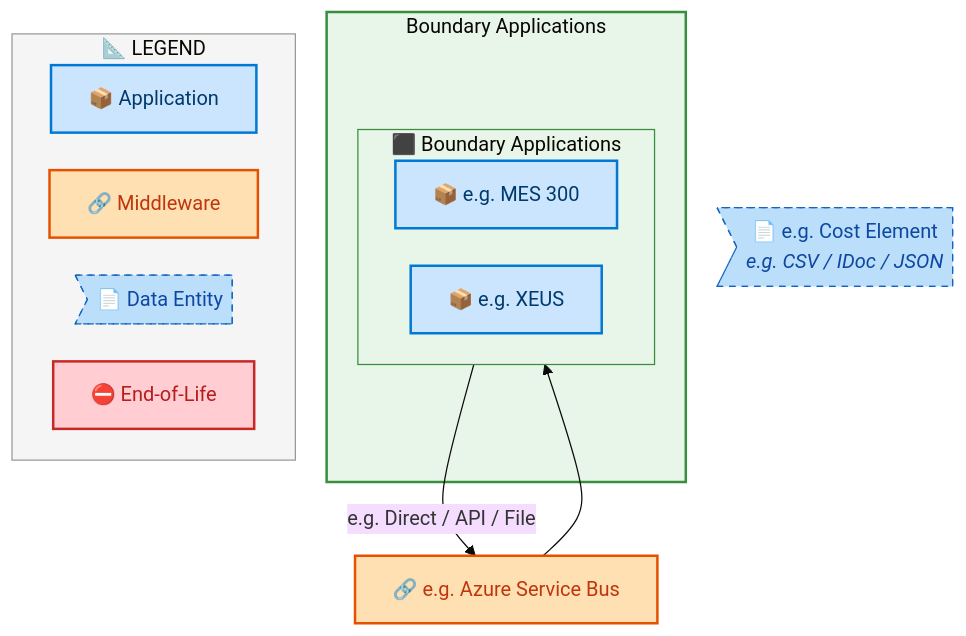
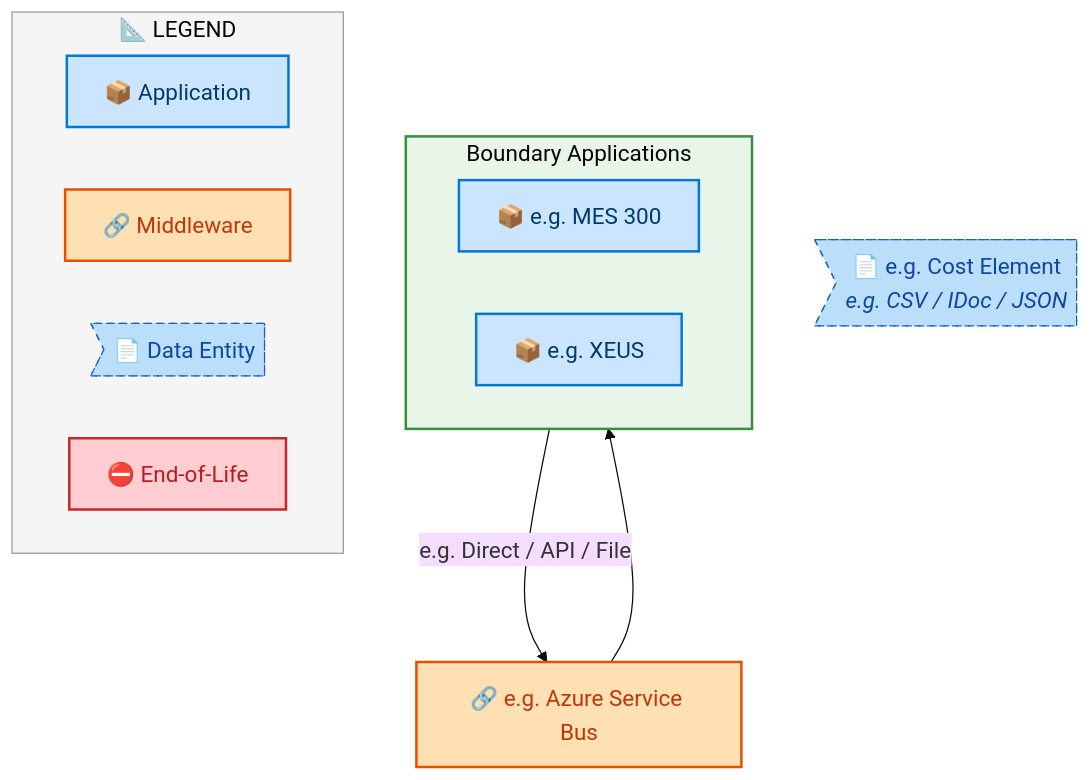
Before and after one commit to sajivfrancis777/IAO-Architecture: the fifth of 7 diagrams in towers/E2E/Procure to Pay/E2E-96/output/docs/systems-architecture/E2E-96-Architecture.md, drawn with Mermaid. The commit also changed other lines of this file and 251 other files, not shown here.

````diff
--- a/towers/E2E/Procure to Pay/E2E-96/output/docs/systems-architecture/E2E-96-Architecture.md
+++ b/towers/E2E/Procure to Pay/E2E-96/output/docs/systems-architecture/E2E-96-Architecture.md
@@ -459,40 +456,37 @@
 ```mermaid
-%%{init: {"theme": "base", "securityLevel": "loose", "themeVariables": {"fontSize": "16px", "fontFamily": "Segoe UI, Arial, sans-serif"}, "flowchart": {"useMaxWidth": false, "htmlLabels": true, "nodeSpacing": 30, "rankSpacing": 35}} }%%
+%%{init: {"theme": "base", "securityLevel": "loose", "themeVariables": {"fontSize": "18px", "fontFamily": "Segoe UI, Arial, sans-serif"}, "flowchart": {"useMaxWidth": false, "htmlLabels": true, "nodeSpacing": 50, "rankSpacing": 60}} }%%
 flowchart TB
     %% -- ArchiMate 3.2 + Azure style classes --
     classDef business      fill:#FFFFB3,stroke:#F9A825,stroke-width:2px,color:#000
     classDef app           fill:#CCE5FF,stroke:#0078D4,stroke-width:2px,color:#003A6C
     classDef data          fill:#BBDEFB,stroke:#1565C0,stroke-width:1px,color:#0D47A1,stroke-dasharray: 5 5
     classDef middleware    fill:#FFE0B2,stroke:#E65100,stroke-width:2px,color:#BF360C
     classDef eol           fill:#FFCDD2,stroke:#C62828,stroke-width:2px,color:#B71C1C
     classDef saas          fill:#E1BEE7,stroke:#7B1FA2,stroke-width:2px,color:#4A148C
     classDef cloud         fill:#BBDEFB,stroke:#1565C0,stroke-width:2px,color:#0D47A1
     classDef onprem        fill:#C8E6C9,stroke:#2E7D32,stroke-width:2px,color:#1B5E20
 
-    subgraph E2E96FT_Boundary_Applications["Boundary Applications"]
-        subgraph E2E96FLN_Boundary_Applications[" ⬛ Boundary Applications"]
-            direction LR
-            E2E96F_e_g_MES_300["📦 e.g. MES 300"]:::app
-            E2E96F_e_g_XEUS["📦 e.g. XEUS"]:::app
-        end
+    subgraph E2E96FLN_Boundary_Applications[" Boundary Applications"]
+        direction LR
+        E2E96F_e_g_MES_300["📦 e.g. MES 300"]:::app
+        E2E96F_e_g_XEUS["📦 e.g. XEUS"]:::app
     end
 
     E2E96FMW_e_g_Azure_Service_Bus["🔗 e.g. Azure Service Bus"]:::middleware
     E2E96FDE_e_g_Cost_Element>"📄 e.g. Cost Element<br/><i>e.g. CSV / IDoc / JSON</i>"]:::data
 
     E2E96F_e_g_MES_300 -->|"e.g. Direct / API / File"| E2E96FMW_e_g_Azure_Service_Bus
     E2E96FMW_e_g_Azure_Service_Bus --> E2E96F_e_g_XEUS
 
 
-    style E2E96FT_Boundary_Applications fill:#E8F5E9,stroke:#388E3C,stroke-width:2px
-    style E2E96FLN_Boundary_Applications fill:#E8F5E9,stroke:#388E3C,stroke-width:1px
+    style E2E96FLN_Boundary_Applications fill:#E8F5E9,stroke:#388E3C,stroke-width:2px
 
     subgraph Legend["📐 LEGEND"]
         direction LR
         L_APP["📦 Application"]:::app
         L_MW["🔗 Middleware"]:::middleware
         L_DE>"📄 Data Entity"]:::data
         L_EOL["⛔ End-of-Life"]:::eol
     end
     style Legend fill:#F5F5F5,stroke:#999,stroke-width:1px
 ```
````
